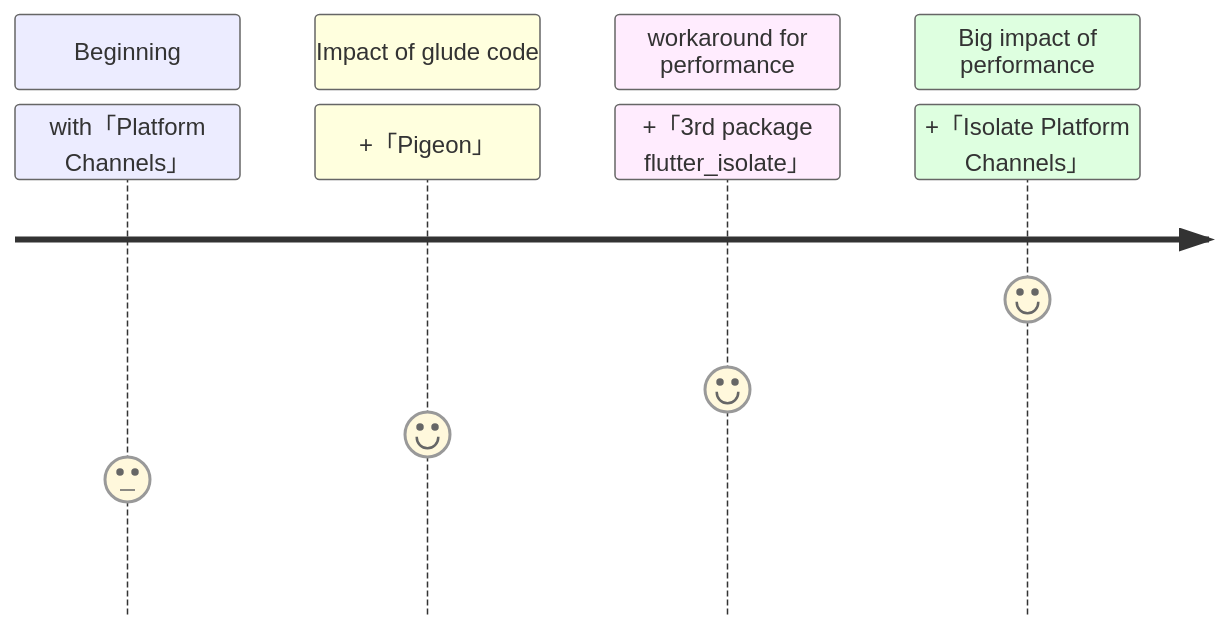
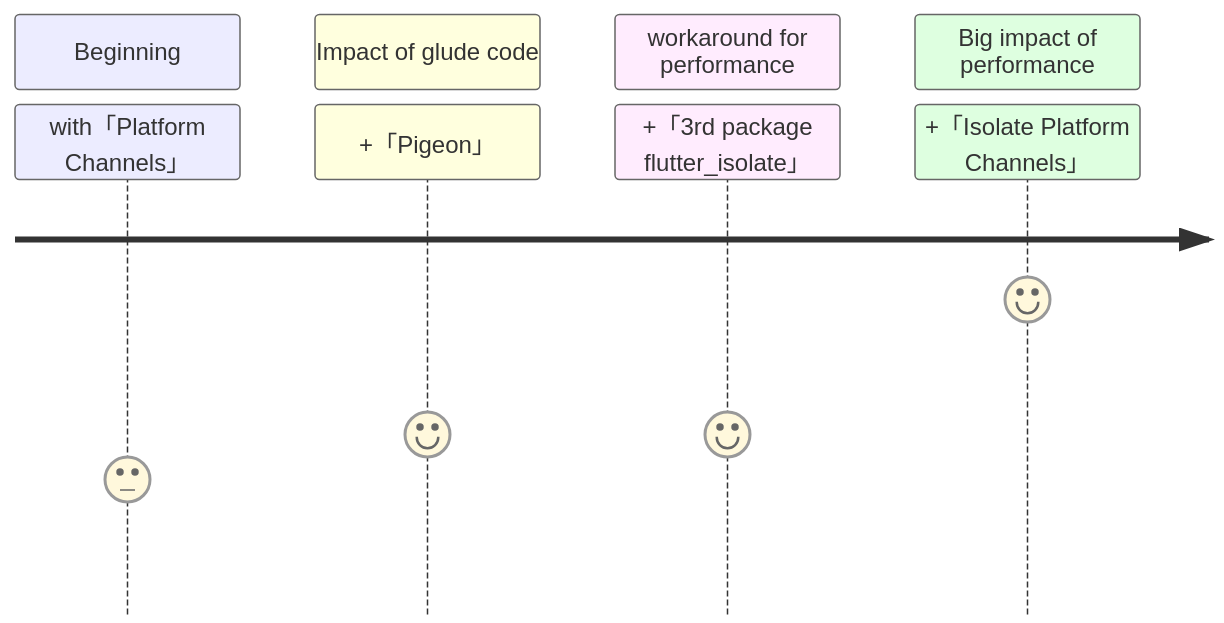
One commit to sensuikan1973/flutter_expensive_native_embedding_journey changed the diagram in slide/pages/journey_platform-specific_APIs.md. Above: the diagram before and after it, drawn with Mermaid.

````diff
--- a/slide/pages/journey_platform-specific_APIs.md
+++ b/slide/pages/journey_platform-specific_APIs.md
@@ -31,11 +31,11 @@
-```mermaid {scale: 0.6}
+```mermaid {scale: 0.5}
 journey
     section Beginning
         with「Platform Channels」: 3
     section Impact of glude code
         +「Pigeon」: 4
     section workaround for performance
-        +「3rd package flutter_isolate」 : 5
+        +「3rd package flutter_isolate」 : 4
     section Big impact of performance
         +「Isolate Platform Channels」 : 7
 ```
````
